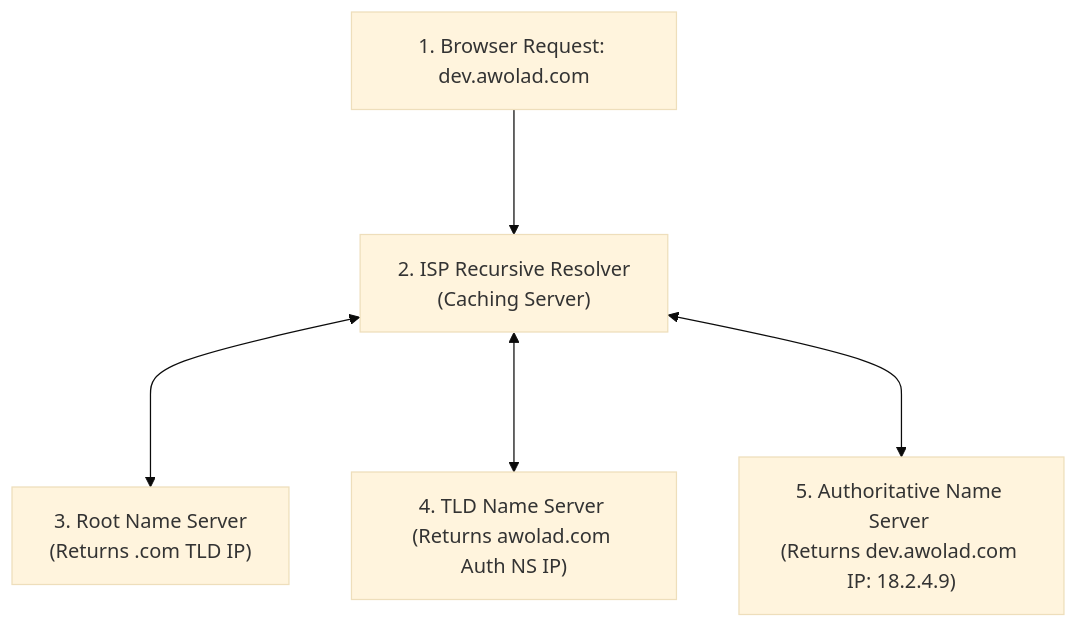
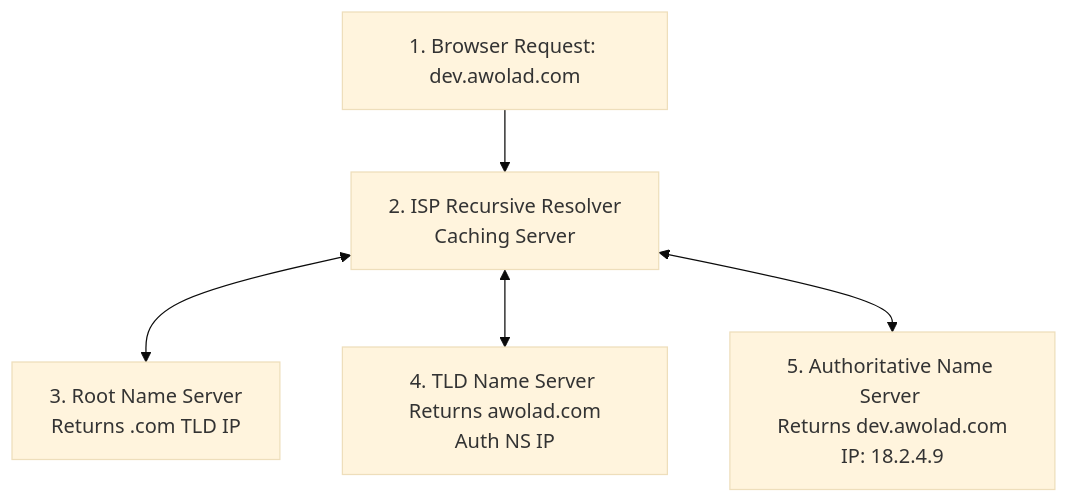
The seventh of 14 diagrams in content/networking.md (awoladhossain/awolad-docs), drawn with Mermaid (base theme) before and after one commit. The commit also changed other lines of this file, not shown here.

Commit message:
fix: resolve all Mermaid diagram syntax and parsing errors in networking.md

````diff
--- a/content/networking.md
+++ b/content/networking.md
@@ -235,13 +233,13 @@
 ```mermaid
 flowchart TD
     Browser["1. Browser Request: dev.awolad.com"]
-    RecursiveResolver["2. ISP Recursive Resolver <br>(Caching Server)"]
-    RootServer["3. Root Name Server <br>(Returns .com TLD IP)"]
-    TLDServer["4. TLD Name Server <br>(Returns awolad.com Auth NS IP)"]
-    AuthServer["5. Authoritative Name Server <br>(Returns dev.awolad.com IP: 18.2.4.9)"]
+    RecursiveResolver["2. ISP Recursive Resolver <br> Caching Server"]
+    RootServer["3. Root Name Server <br> Returns .com TLD IP"]
+    TLDServer["4. TLD Name Server <br> Returns awolad.com Auth NS IP"]
+    AuthServer["5. Authoritative Name Server <br> Returns dev.awolad.com IP: 18.2.4.9"]
     
-    Browser ---> RecursiveResolver
-    RecursiveResolver <---> RootServer
-    RecursiveResolver <---> TLDServer
-    RecursiveResolver <---> AuthServer
+    Browser --> RecursiveResolver
+    RecursiveResolver <--> RootServer
+    RecursiveResolver <--> TLDServer
+    RecursiveResolver <--> AuthServer
 ```
````
